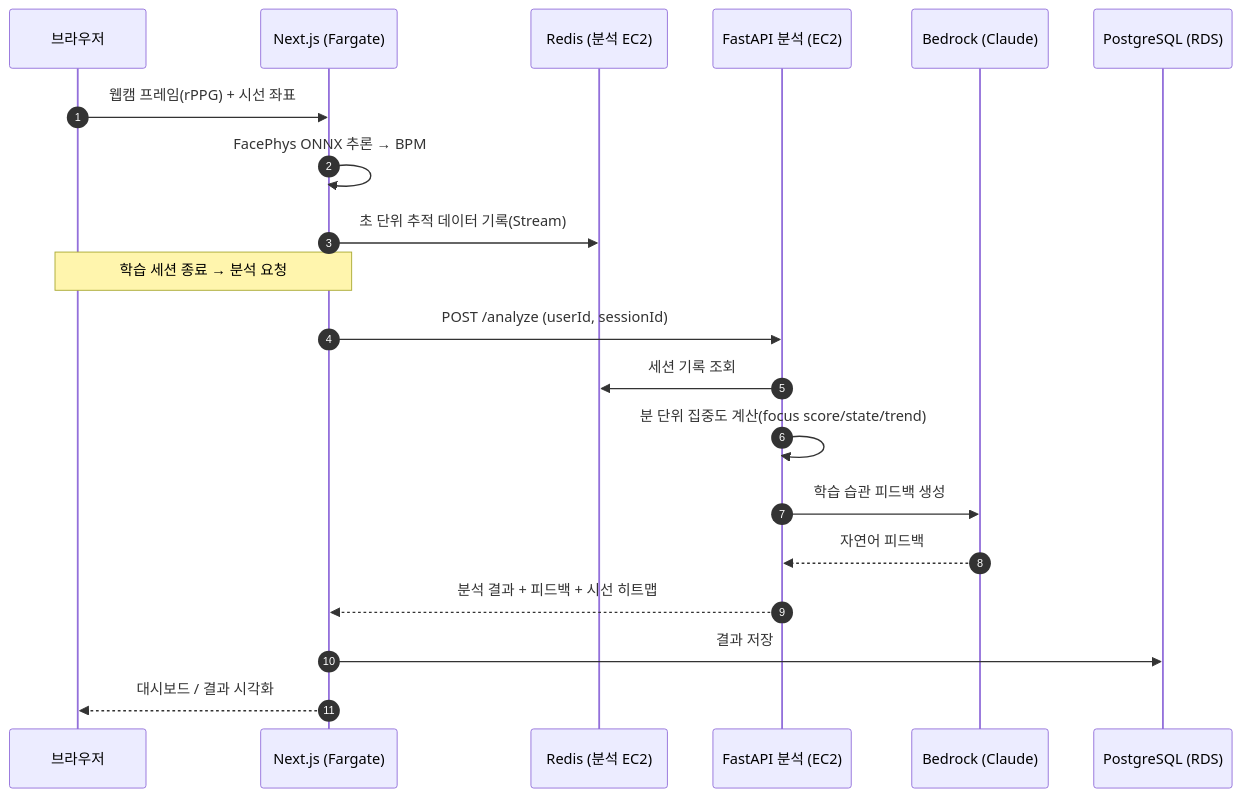
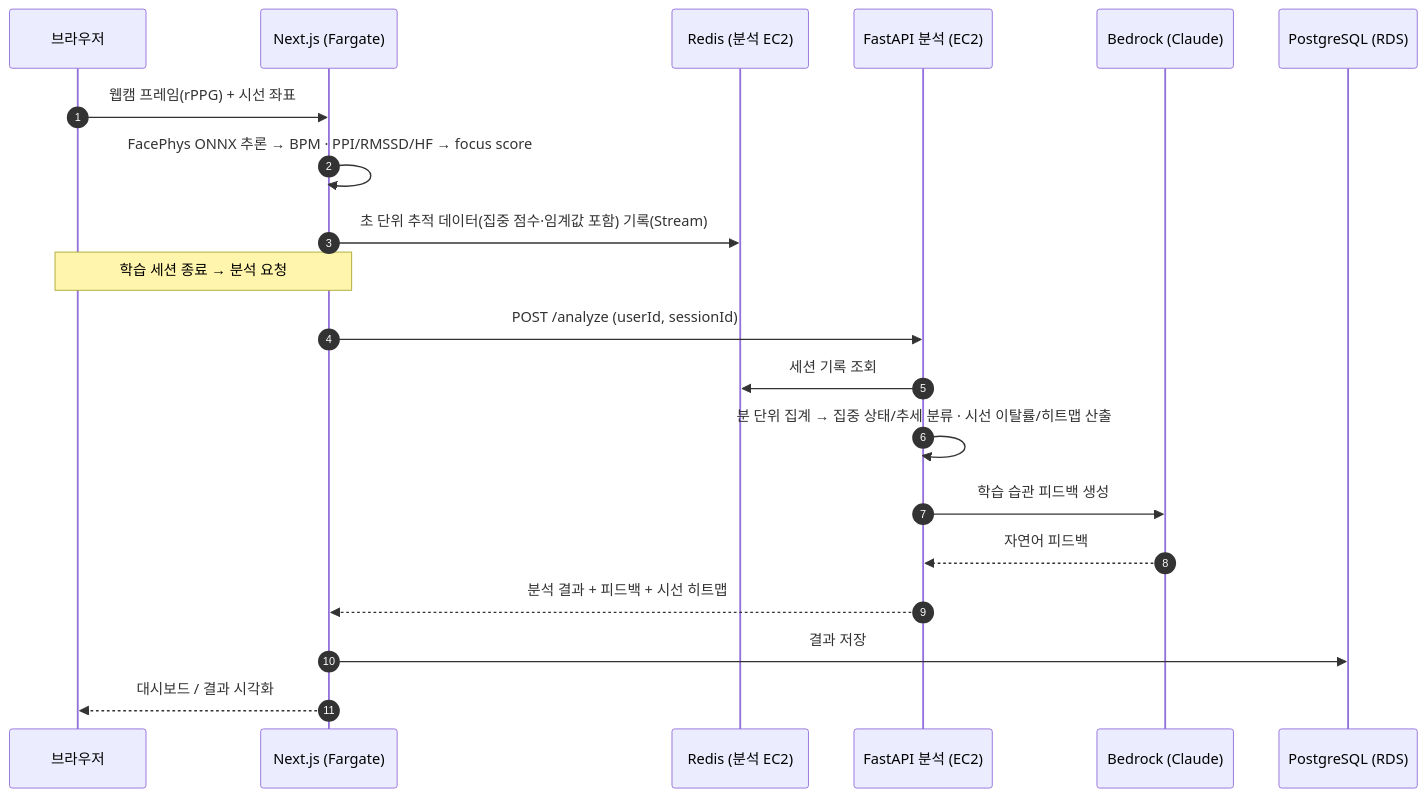
Before and after one commit to ICE-6141/focus-tracking-platform: the second of 3 diagrams in README.md, drawn with Mermaid. The commit also changed other lines of this file, not shown here.

````diff
--- a/README.md
+++ b/README.md
@@ -122,23 +123,23 @@
 ```mermaid
 sequenceDiagram
     autonumber
     participant B as 브라우저
     participant N as Next.js (Fargate)
     participant R as Redis (분석 EC2)
     participant M as FastAPI 분석 (EC2)
     participant D as Bedrock (Claude)
     participant P as PostgreSQL (RDS)
 
     B->>N: 웹캠 프레임(rPPG) + 시선 좌표
-    N->>N: FacePhys ONNX 추론 → BPM
-    N->>R: 초 단위 추적 데이터 기록(Stream)
+    N->>N: FacePhys ONNX 추론 → BPM · PPI/RMSSD/HF → focus score
+    N->>R: 초 단위 추적 데이터(집중 점수·임계값 포함) 기록(Stream)
     Note over B,N: 학습 세션 종료 → 분석 요청
     N->>M: POST /analyze (userId, sessionId)
     M->>R: 세션 기록 조회
-    M->>M: 분 단위 집중도 계산(focus score/state/trend)
+    M->>M: 분 단위 집계 → 집중 상태/추세 분류 · 시선 이탈률/히트맵 산출
     M->>D: 학습 습관 피드백 생성
     D-->>M: 자연어 피드백
     M-->>N: 분석 결과 + 피드백 + 시선 히트맵
     N->>P: 결과 저장
     N-->>B: 대시보드 / 결과 시각화
 ```
````
